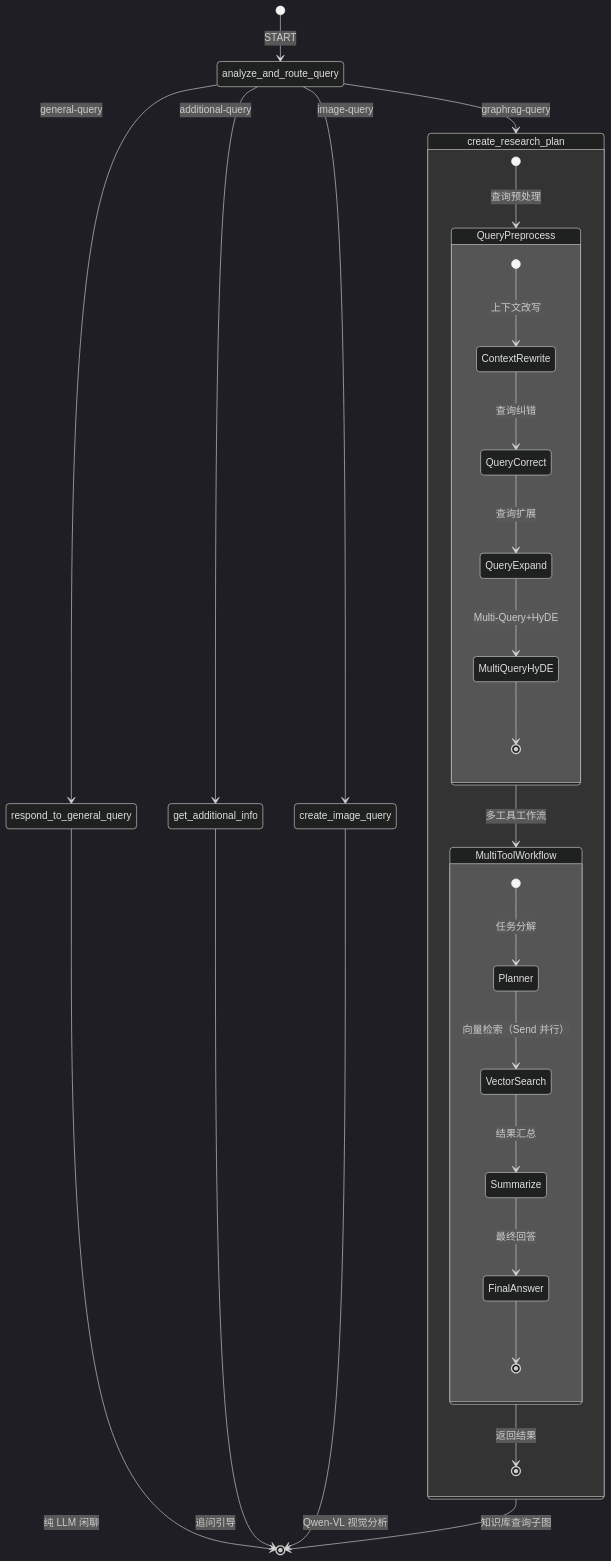
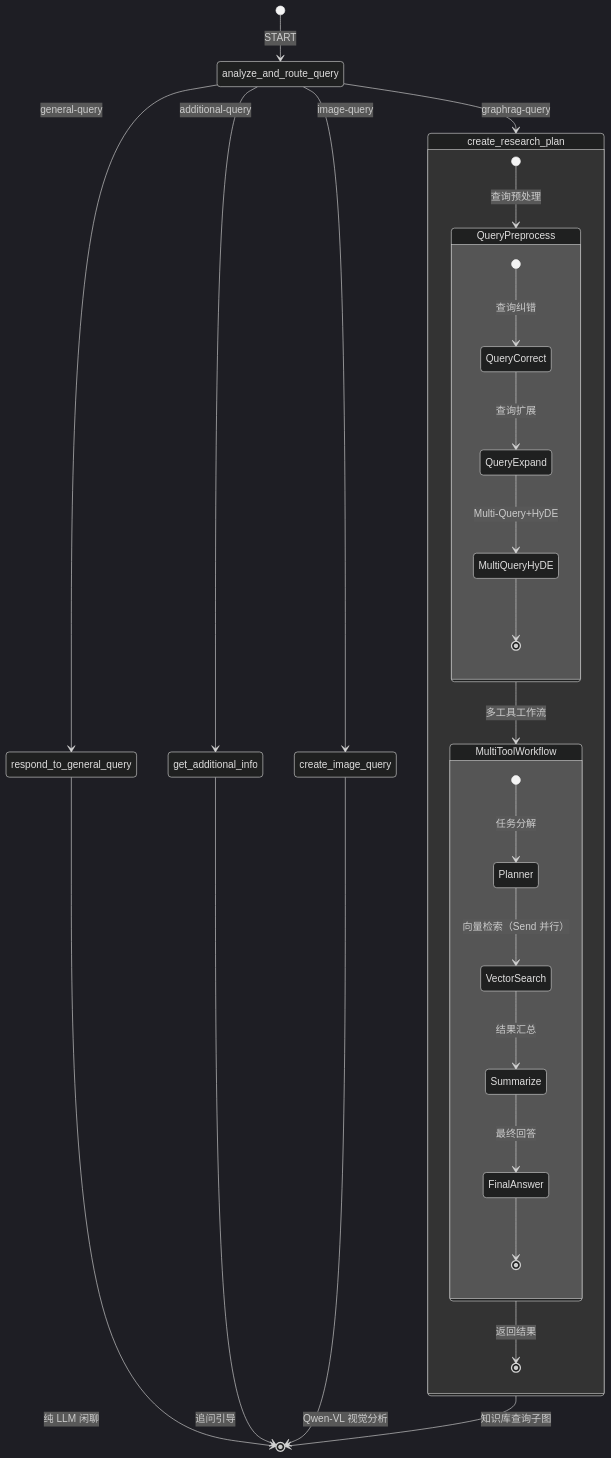
One commit to blowt16/SmartCS-Agent changed the fourth of 14 diagrams in docs/PROJECT_ANALYSIS.md. Above: the diagram before and after it, drawn with Mermaid (dark theme). The commit also changed other lines of this file, not shown here.

````diff
--- a/docs/PROJECT_ANALYSIS.md
+++ b/docs/PROJECT_ANALYSIS.md
@@ -320,35 +325,34 @@
 ```mermaid
 stateDiagram-v2
     [*] --> analyze_and_route_query: START
     analyze_and_route_query --> respond_to_general_query: general-query
     analyze_and_route_query --> get_additional_info: additional-query
     analyze_and_route_query --> create_research_plan: graphrag-query
     analyze_and_route_query --> create_image_query: image-query
 
     respond_to_general_query --> [*]: 纯 LLM 闲聊
     get_additional_info --> [*]: 追问引导
     create_research_plan --> [*]: 知识库查询子图
     create_image_query --> [*]: Qwen-VL 视觉分析
 
     state create_research_plan {
         [*] --> QueryPreprocess: 查询预处理
         QueryPreprocess --> MultiToolWorkflow: 多工具工作流
         MultiToolWorkflow --> [*]: 返回结果
 
         state QueryPreprocess {
-            [*] --> ContextRewrite: 上下文改写
-            ContextRewrite --> QueryCorrect: 查询纠错
+            [*] --> QueryCorrect: 查询纠错
             QueryCorrect --> QueryExpand: 查询扩展
             QueryExpand --> MultiQueryHyDE: Multi-Query+HyDE
             MultiQueryHyDE --> [*]
         }
 
         state MultiToolWorkflow {
             [*] --> Planner: 任务分解
             Planner --> VectorSearch: 向量检索（Send 并行）
             VectorSearch --> Summarize: 结果汇总
             Summarize --> FinalAnswer: 最终回答
             FinalAnswer --> [*]
         }
     }
 ```
````
